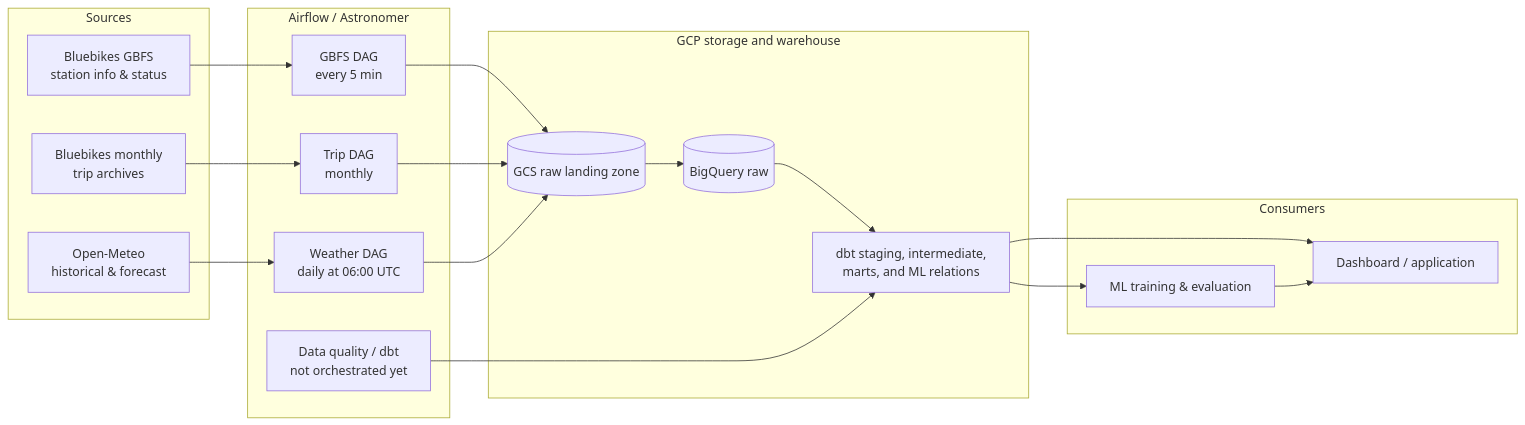
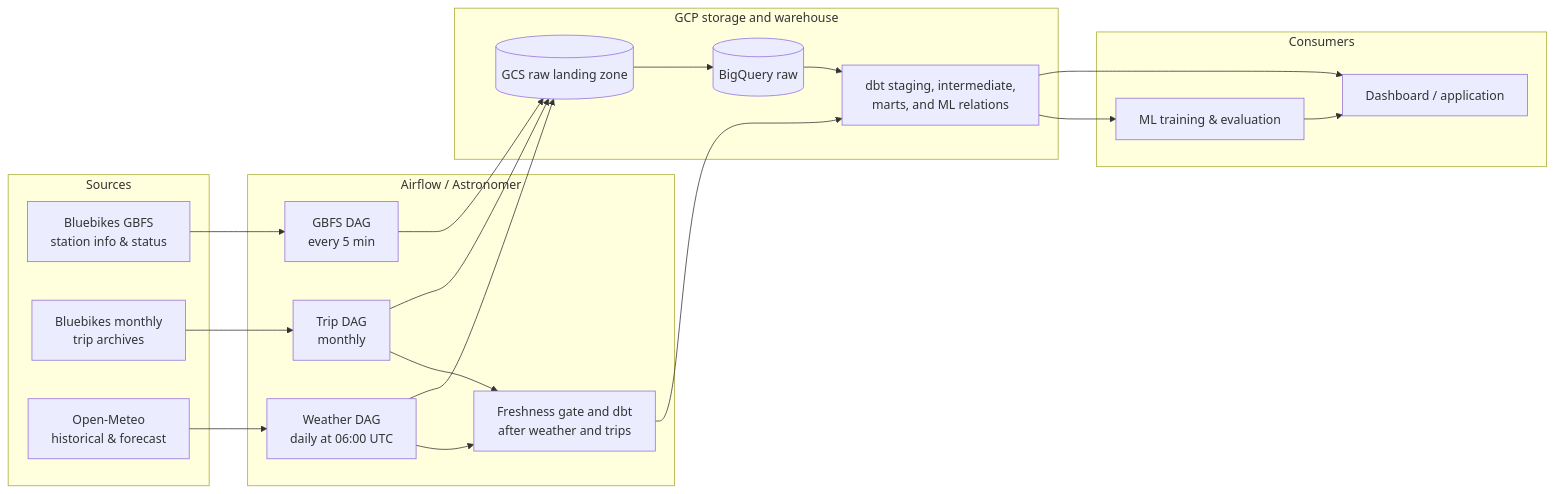
One commit to EmperorRP/ba882-bluebikes-availability-pipeline changed the first of 2 diagrams in docs/pipeline/pipeline-status.md. Above: the diagram before and after it, drawn with Mermaid. The commit also changed other lines of this file and 8 other files, not shown here.

````diff
--- a/docs/pipeline/pipeline-status.md
+++ b/docs/pipeline/pipeline-status.md
@@ -20,39 +21,41 @@
 ```mermaid
 flowchart LR
     subgraph Sources
         GBFS[Bluebikes GBFS<br/>station info & status]
         Trips[Bluebikes monthly<br/>trip archives]
         Weather[Open-Meteo<br/>historical & forecast]
     end
 
     subgraph Orchestration["Airflow / Astronomer"]
         G[GBFS DAG<br/>every 5 min]
         T[Trip DAG<br/>monthly]
         W[Weather DAG<br/>daily at 06:00 UTC]
-        DQ[Data quality / dbt<br/>not orchestrated yet]
+        DQ[Freshness gate and dbt<br/>after weather and trips]
     end
 
     subgraph Storage["GCP storage and warehouse"]
         GCS[(GCS raw landing zone)]
         Raw[(BigQuery raw)]
         DBT[dbt staging, intermediate,<br/>marts, and ML relations]
     end
 
     subgraph Consumers
         ML[ML training & evaluation]
         App[Dashboard / application]
     end
 
     GBFS --> G
     Trips --> T
     Weather --> W
+    W --> DQ
+    T --> DQ
     G --> GCS
     T --> GCS
     W --> GCS
     GCS --> Raw
     Raw --> DBT
     DQ --> DBT
     DBT --> ML
     DBT --> App
     ML --> App
 ```
````
